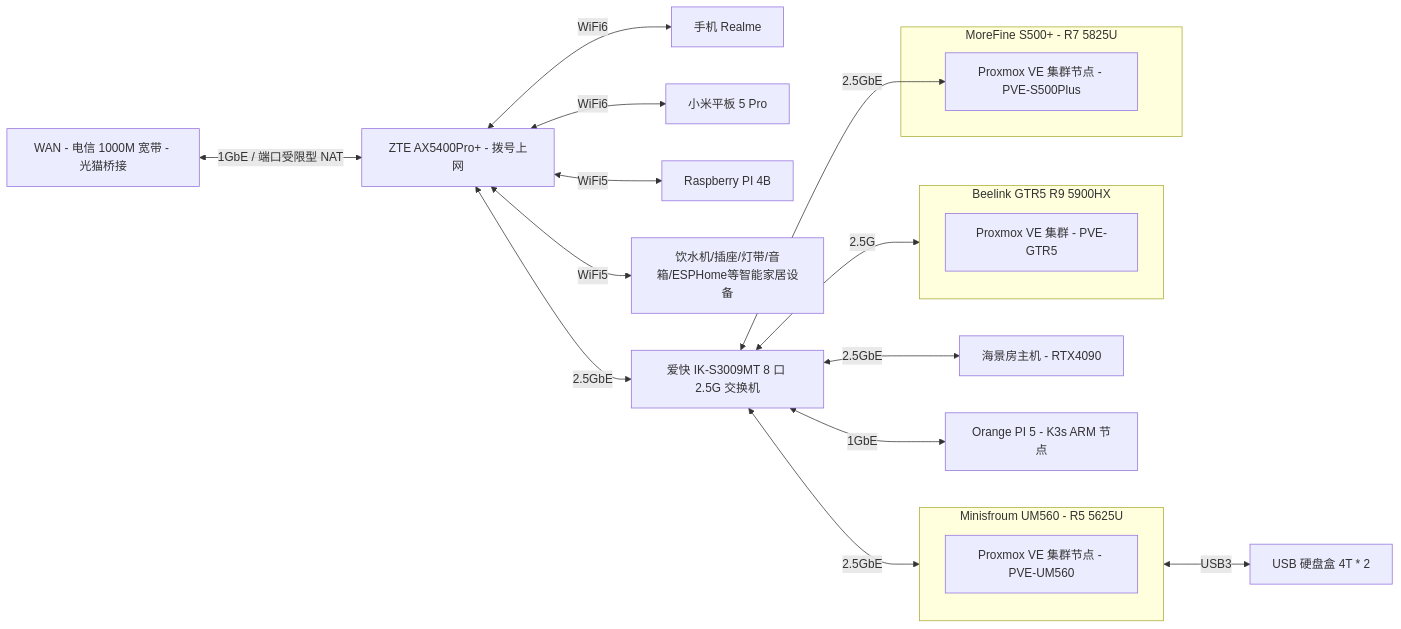
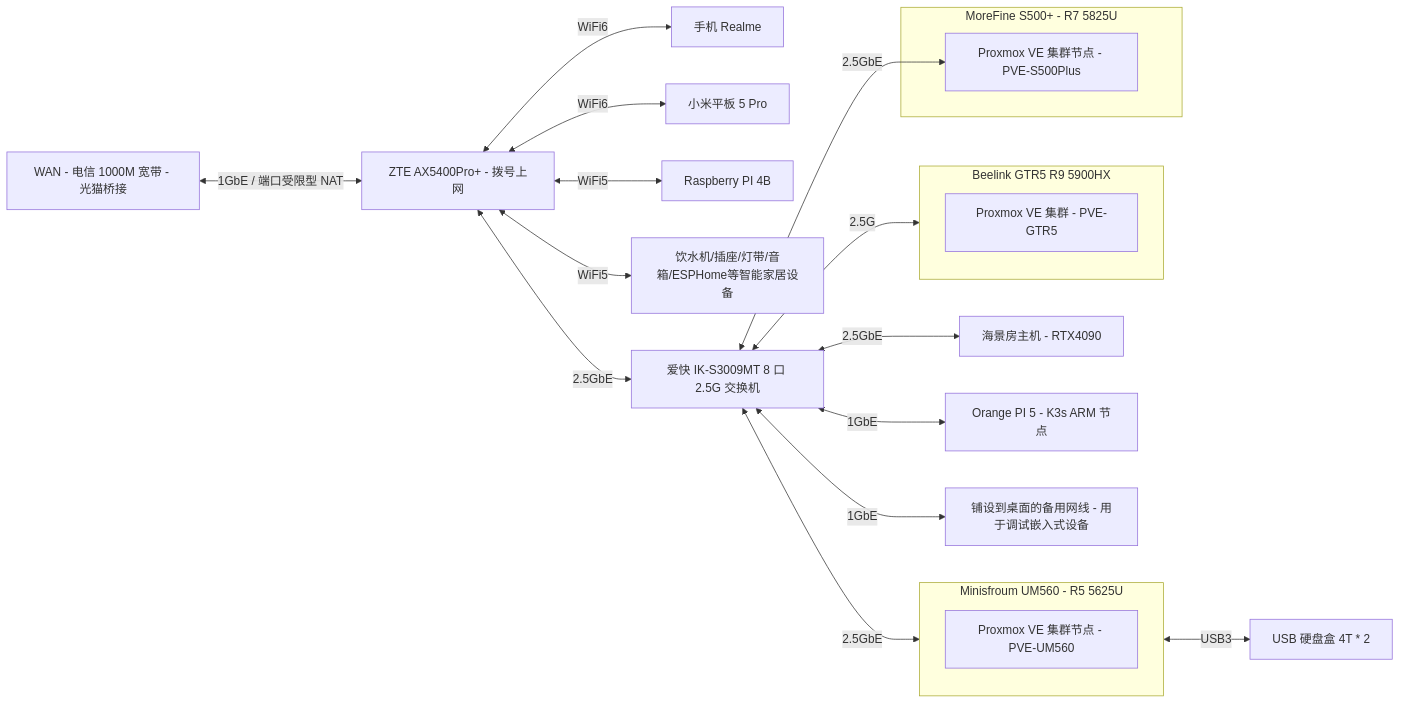
One commit to ryan4yin/knowledge changed the diagram in homelab/README.md. Above: the diagram before and after it, drawn with Mermaid.

Commit message:
feat: /homelab

````diff
--- a/homelab/README.md
+++ b/homelab/README.md
@@ -25,34 +25,35 @@
 ```mermaid
 graph LR
   WAN[WAN - 电信 1000M 宽带 - 光猫桥接]
   edge_router[ZTE AX5400Pro+ - 拨号上网]
   WAN <-- 1GbE / 端口受限型 NAT --> edge_router
   
   edge_router <-- WiFi6 --> android1[手机 Realme ]
   edge_router <-- WiFi6 --> android_pad1[小米平板 5 Pro]
 	edge_router <-- WiFi5 --> raspberrypi[Raspberry PI 4B]
 	edge_router <-- WiFi5 --> SmartHomeDevices[饮水机/插座/灯带/音箱/ESPHome等智能家居设备]
 
   edge_router <-- 2.5GbE --> switch[爱快 IK-S3009MT 8 口 2.5G 交换机]
   
   switch <-- 2.5GbE --> RTX4090[海景房主机 - RTX4090]
 	switch <-- 1GbE --> orangepi5[Orange PI 5 - K3s ARM 节点]
+	switch <-- 1GbE --> backup[铺设到桌面的备用网线 - 用于调试嵌入式设备]
 
   switch <-- 2.5GbE --> UM560
 	switch <-- 2.5GbE --> PVE-S500Plus
 	switch <-- 2.5G --> GTR5
 
 	subgraph S500Plus[MoreFine S500+ - R7 5825U]
     PVE-S500Plus[Proxmox VE 集群节点 - PVE-S500Plus]
 	end
 
 	subgraph GTR5[Beelink GTR5 R9 5900HX]
     PVE-GTR5[Proxmox VE 集群 - PVE-GTR5]
 	end
 
 	subgraph UM560[Minisfroum UM560 - R5 5625U]
     PVE-UM560[Proxmox VE 集群节点 - PVE-UM560]
 	end
   
   UM560 <-- USB3 --> USB-Storage1[USB 硬盘盒 4T * 2]
 ```
````
